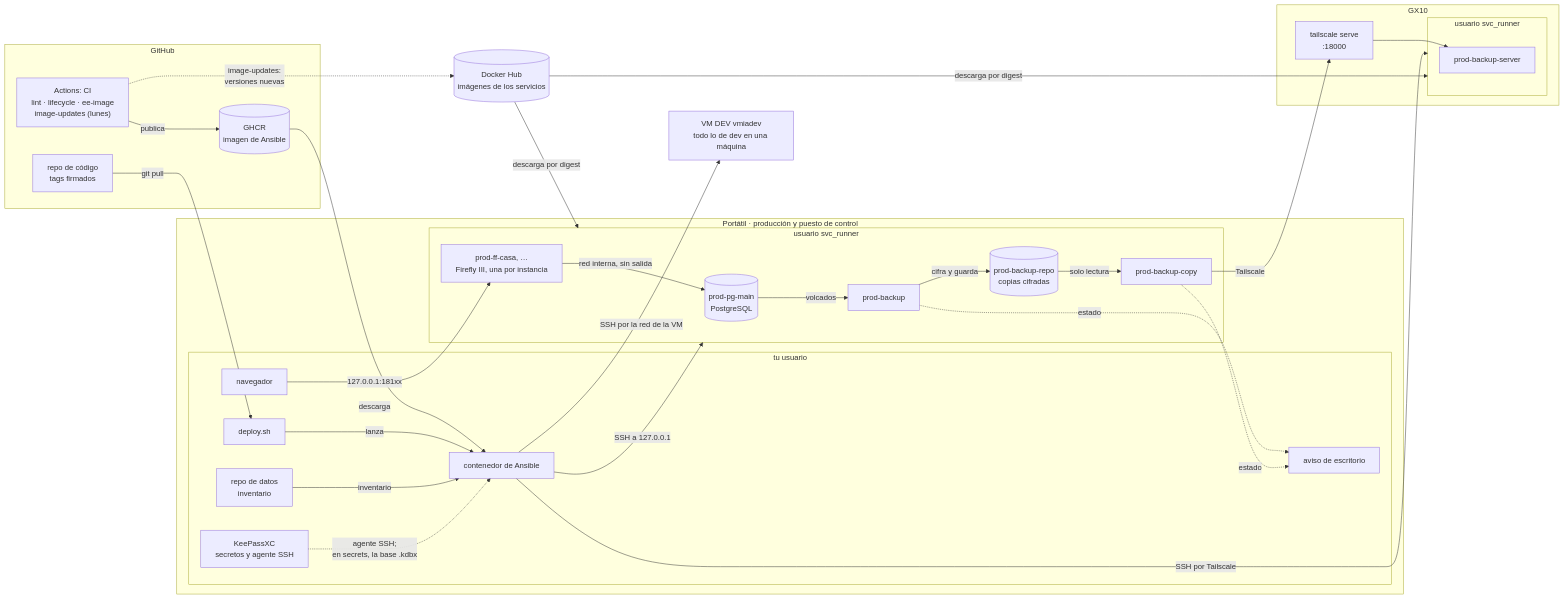
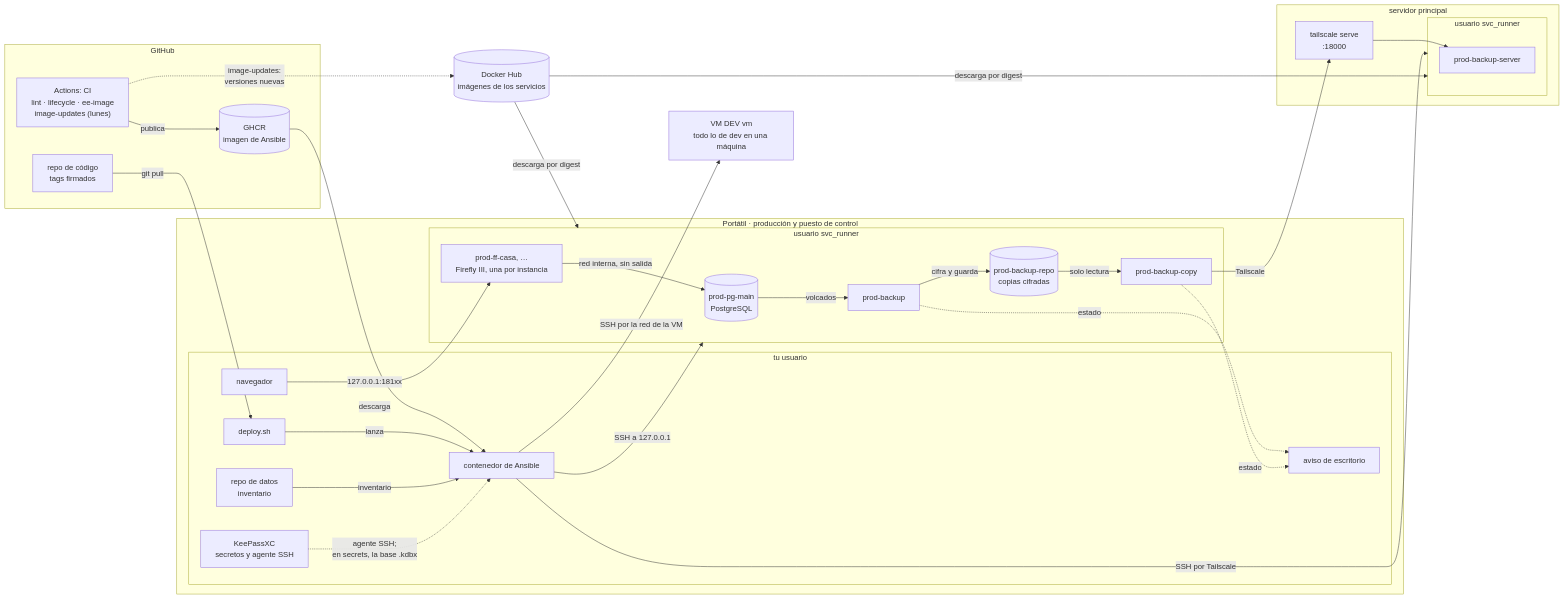
One commit to laperl/infra-podman changed the first of 3 diagrams in docs/ARCHITECTURE.md. Above: the diagram before and after it, drawn with Mermaid. The commit also changed other lines of this file and 26 other files, not shown here.

````diff
--- a/docs/ARCHITECTURE.md
+++ b/docs/ARCHITECTURE.md
@@ -23,58 +23,58 @@
 ```mermaid
 flowchart LR
   subgraph gh["GitHub"]
     code["repo de código<br/>tags firmados"]
     ci["Actions: CI<br/>lint · lifecycle · ee-image<br/>image-updates (lunes)"]
     ghcr[("GHCR<br/>imagen de Ansible")]
   end
   hub[("Docker Hub<br/>imágenes de los servicios")]
 
   subgraph laptop["Portátil · producción y puesto de control"]
     subgraph op["tu usuario"]
       kp["KeePassXC<br/>secretos y agente SSH"]
       data["repo de datos<br/>inventario"]
       ds["deploy.sh"]
       ee["contenedor de Ansible"]
       nt["aviso de escritorio"]
       br["navegador"]
     end
     subgraph lsvc["usuario svc_runner"]
       pg[("prod-pg-main<br/>PostgreSQL")]
       ff["prod-ff-casa, …<br/>Firefly III, una por instancia"]
       bk["prod-backup"]
       repo[("prod-backup-repo<br/>copias cifradas")]
       cp["prod-backup-copy"]
     end
   end
 
-  subgraph gx["GX10"]
+  subgraph gx["servidor principal"]
     tsv["tailscale serve<br/>:18000"]
     subgraph gsvc["usuario svc_runner"]
       rs["prod-backup-server"]
     end
   end
 
-  dev["VM DEV vmiadev<br/>todo lo de dev en una máquina"]
+  dev["VM DEV vm<br/>todo lo de dev en una máquina"]
 
   code -- "git pull" --> ds
   ci -- "publica" --> ghcr
   ci -. "image-updates:<br/>versiones nuevas" .-> hub
   ghcr -- "descarga" --> ee
   ds -- "lanza" --> ee
   data -- "inventario" --> ee
   kp -. "agente SSH;<br/>en secrets, la base .kdbx" .-> ee
   ee -- "SSH a 127.0.0.1" --> lsvc
   ee -- "SSH por Tailscale" --> gsvc
   ee -- "SSH por la red de la VM" --> dev
   hub -- "descarga por digest" --> lsvc
   hub -- "descarga por digest" --> gsvc
   br -- "127.0.0.1:181xx" --> ff
   ff -- "red interna, sin salida" --> pg
   pg -- "volcados" --> bk
   bk -- "cifra y guarda" --> repo
   repo -- "solo lectura" --> cp
   cp -- "Tailscale" --> tsv
   tsv --> rs
   bk -. "estado" .-> nt
   cp -. "estado" .-> nt
 ```
````
